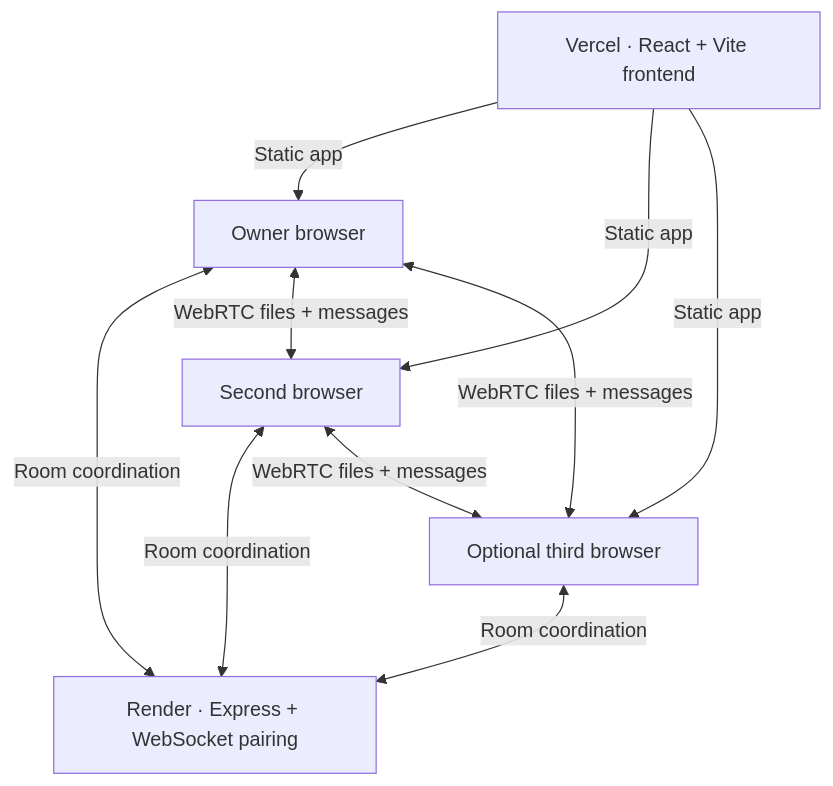
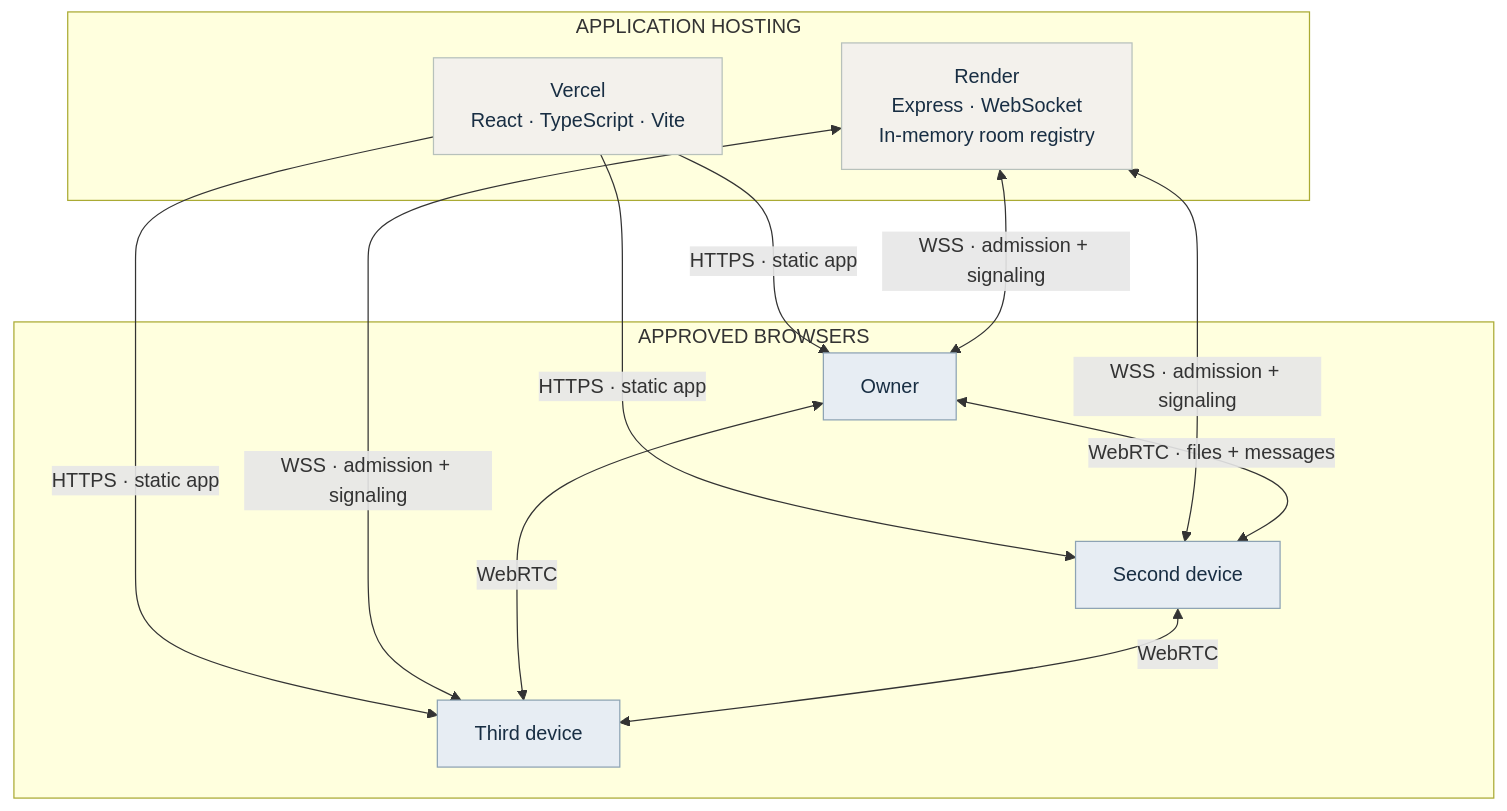
Before and after one commit to Pranav-Teja-Aluvala/Drop: the first of 3 diagrams in README.md, drawn with Mermaid. The commit also changed other lines of this file and 7 other files, not shown here.

````diff
--- a/README.md
+++ b/README.md
@@ -129,16 +62,24 @@
 ```mermaid
 flowchart TB
-    Web["Vercel · React + Vite frontend"]
-    Signal["Render · Express + WebSocket pairing"]
-    A["Owner browser"]
-    B["Second browser"]
-    C["Optional third browser"]
+    subgraph Hosting["APPLICATION HOSTING"]
+        Web["Vercel<br/>React · TypeScript · Vite"]
+        Signal["Render<br/>Express · WebSocket<br/>In-memory room registry"]
+    end
 
-    Web -->|Static app| A & B & C
-    A <-->|Room coordination| Signal
-    B <-->|Room coordination| Signal
-    C <-->|Room coordination| Signal
-    A <-->|WebRTC files + messages| B
-    A <-->|WebRTC files + messages| C
-    B <-->|WebRTC files + messages| C
+    subgraph Devices["APPROVED BROWSERS"]
+        A["Owner"]
+        B["Second device"]
+        C["Third device"]
+    end
+
+    Web -->|"HTTPS · static app"| A & B & C
+    Signal <-->|"WSS · admission + signaling"| A & B & C
+    A <-->|"WebRTC · files + messages"| B
+    A <-->|"WebRTC"| C
+    B <-->|"WebRTC"| C
+
+    classDef host fill:#F3F1EC,stroke:#B7C1BB,color:#182E43
+    classDef device fill:#E7EDF3,stroke:#8DA3B4,color:#182E43
+    class Web,Signal host
+    class A,B,C device
 ```
````
